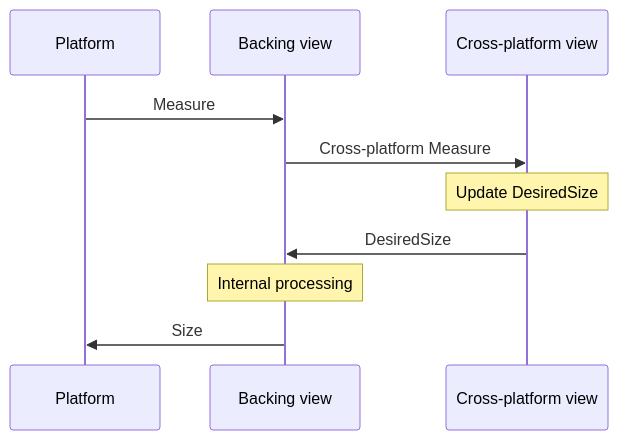
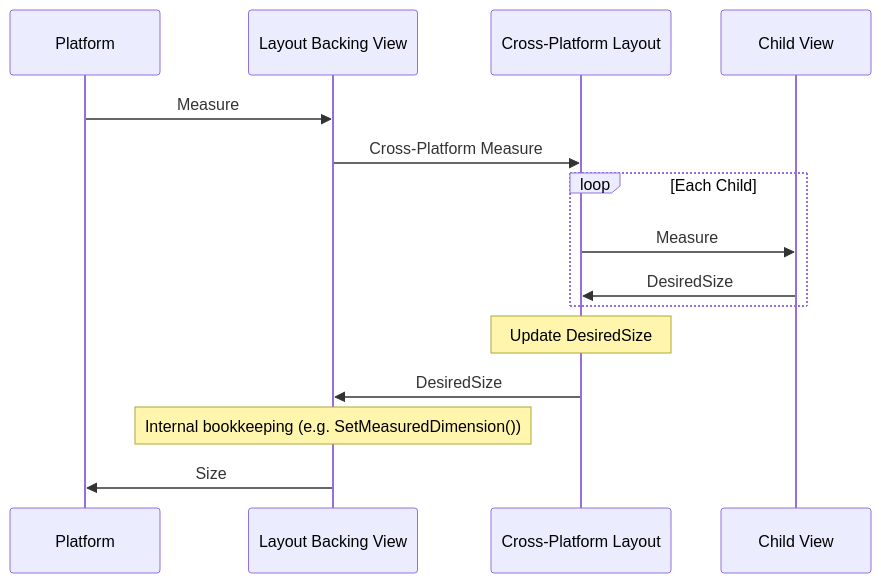
Before and after one commit to dotnet/docs-maui: the first of 2 diagrams in docs/user-interface/layouts/custom-layout.md, drawn with Mermaid. The commit also changed other lines of this file and 2 other files, not shown here.

Commit message:
More diagrams.

````diff
--- a/docs/user-interface/layouts/custom-layout.md
+++ b/docs/user-interface/layouts/custom-layout.md
@@ -22,12 +43,17 @@
 ```mermaid
 sequenceDiagram
     participant P as Platform
-    participant BV as Backing view
-    participant XV as Cross-platform view
+    participant BV as Layout Backing View
+    participant XV as Cross-Platform Layout
+    participant C as Child View
     P->>BV: Measure
-    BV->>XV: Cross-platform Measure
+    BV->>XV: Cross-Platform Measure
+    loop Each Child
+        XV->>C: Measure
+        C->>XV: DesiredSize
+    end
     Note over XV: Update DesiredSize
     XV->>BV: DesiredSize
-    Note over BV: Internal processing
+    Note over BV: Internal bookkeeping (e.g. SetMeasuredDimension())
     BV->>P: Size
 ```
````
